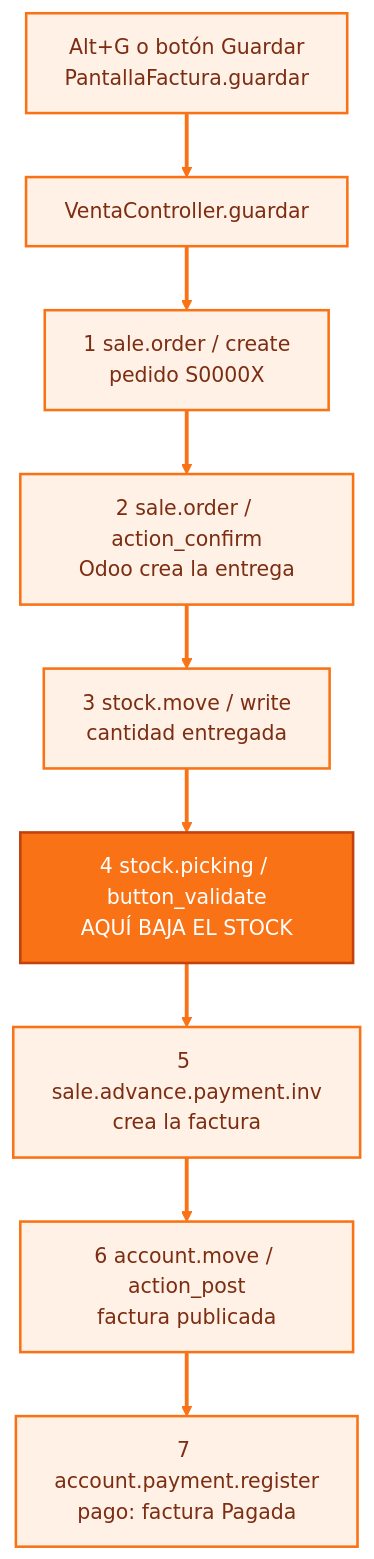
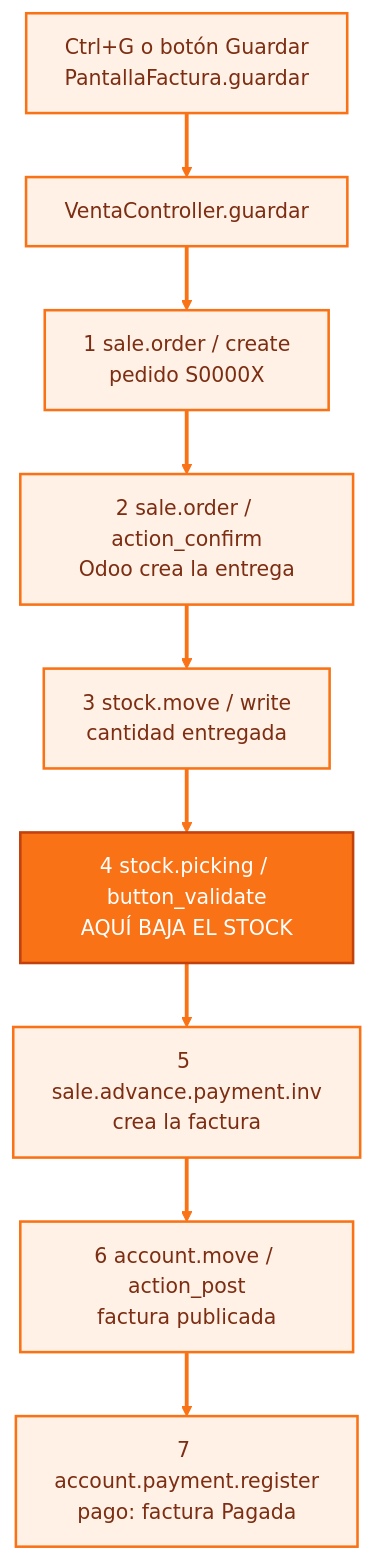
Before and after one commit to Tickey0/PYSIDE6_ODOO: the third of 3 diagrams in docs/guia_codigo.md, drawn with Mermaid (base theme). The commit also changed other lines of this file and 3 other files, not shown here.

First line of the commit message:
[IMP] Guardar con Ctrl+G en lugar de Alt+G

````diff
--- a/docs/guia_codigo.md
+++ b/docs/guia_codigo.md
@@ -143,16 +143,16 @@
 ```mermaid
 flowchart TB
-    A["Alt+G o botón Guardar<br/>PantallaFactura.guardar"] --> B["VentaController.guardar"]
+    A["Ctrl+G o botón Guardar<br/>PantallaFactura.guardar"] --> B["VentaController.guardar"]
     B --> P1["1 sale.order / create<br/>pedido S0000X"]
     P1 --> P2["2 sale.order / action_confirm<br/>Odoo crea la entrega"]
     P2 --> P3["3 stock.move / write<br/>cantidad entregada"]
     P3 --> P4["4 stock.picking / button_validate<br/>AQUÍ BAJA EL STOCK"]
     P4 --> P5["5 sale.advance.payment.inv<br/>crea la factura"]
     P5 --> P6["6 account.move / action_post<br/>factura publicada"]
     P6 --> P7["7 account.payment.register<br/>pago: factura Pagada"]
     classDef naranja fill:#fff1e6,stroke:#f97316,stroke-width:2px,color:#7c2d12
     classDef stock fill:#f97316,stroke:#c2410c,stroke-width:2px,color:#ffffff
     class A,B,P1,P2,P3,P5,P6,P7 naranja
     class P4 stock
     linkStyle default stroke:#f97316,stroke-width:3px
 ```
````
